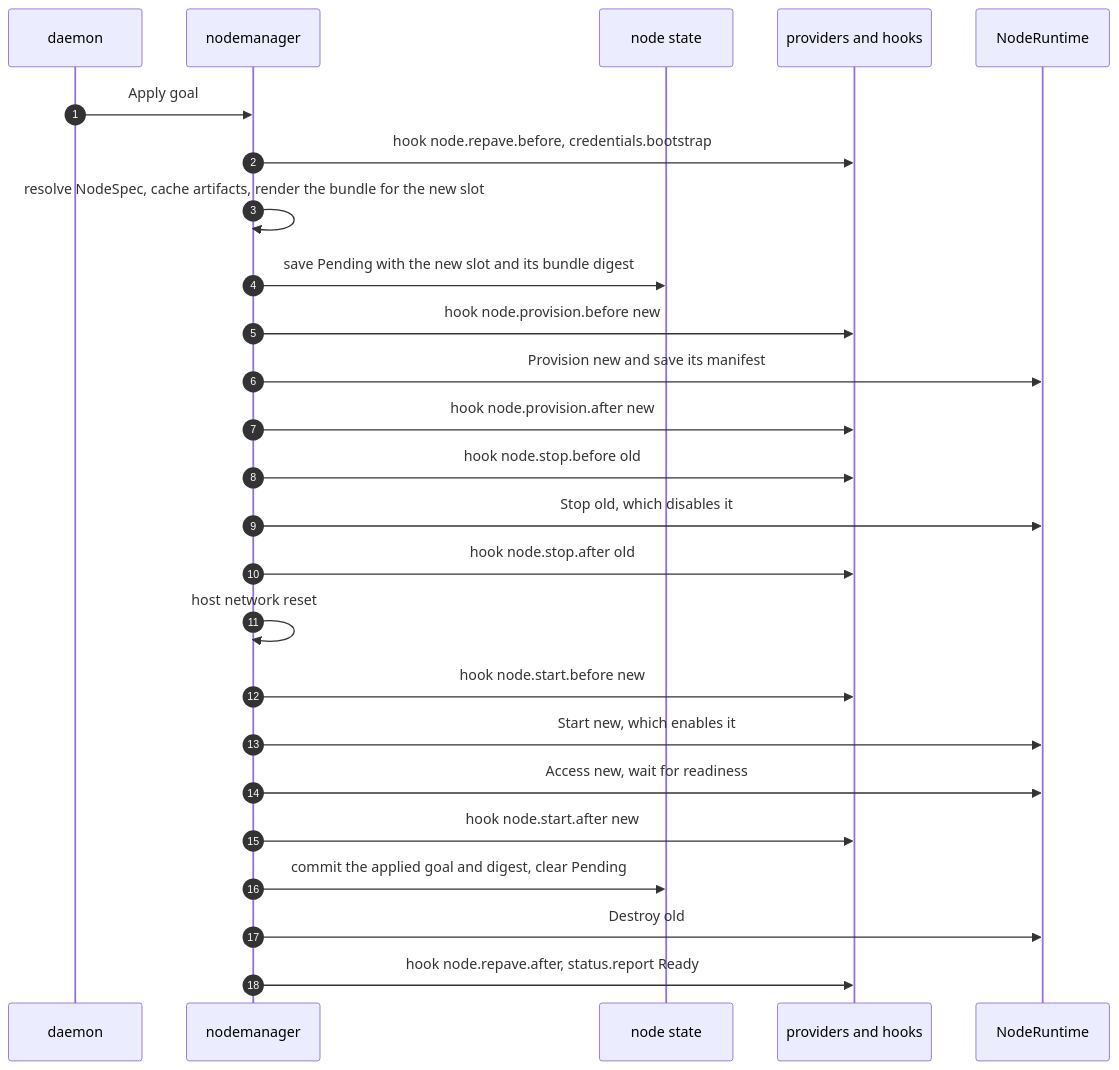
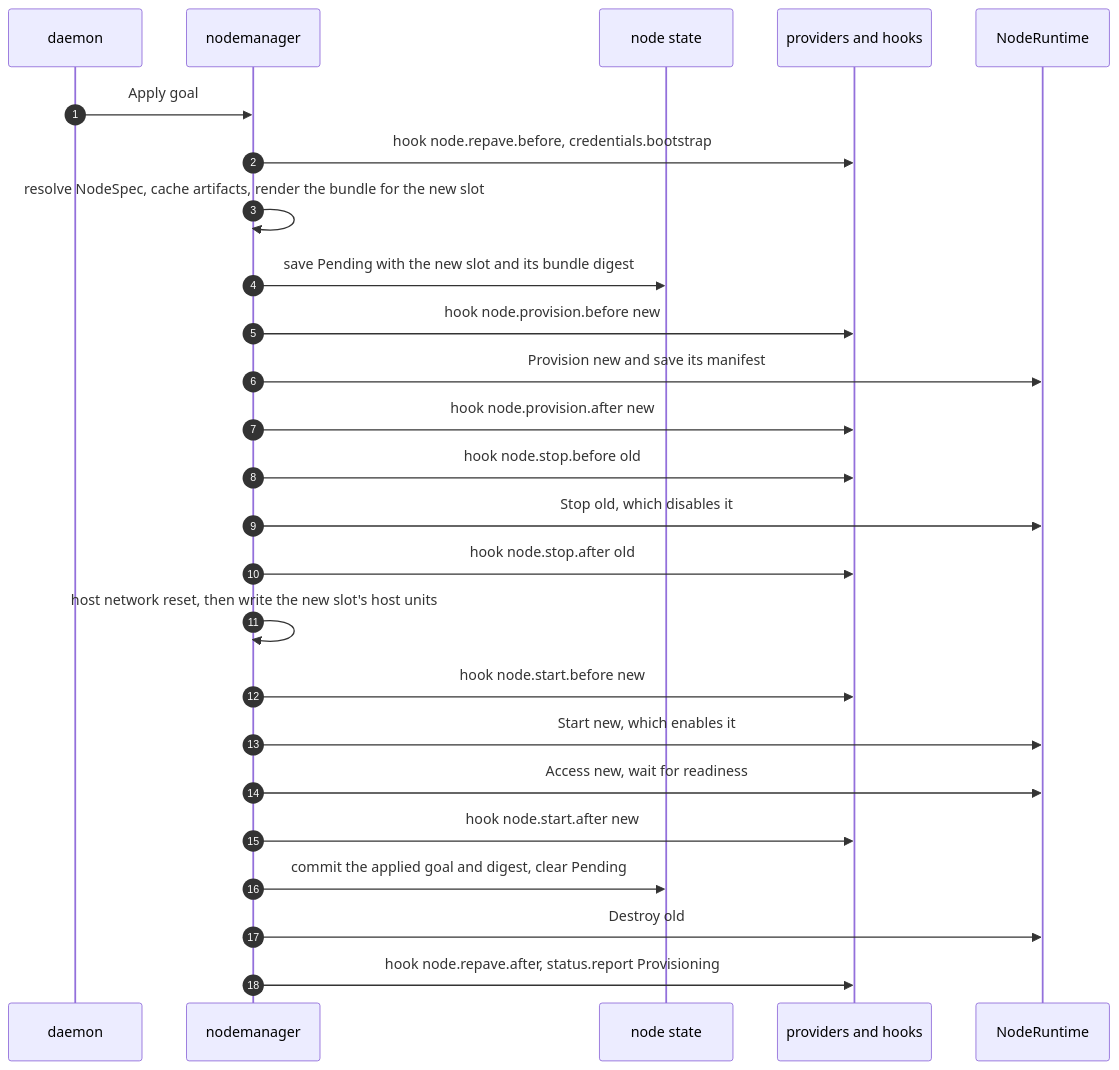
One commit to Azure/unbounded changed the sixth of 9 diagrams in designs/agent-v2.md. Above: the diagram before and after it, drawn with Mermaid. The commit also changed other lines of this file and 1 other file, not shown here.

````diff
--- a/designs/agent-v2.md
+++ b/designs/agent-v2.md
@@ -1367,27 +1416,27 @@
 ```mermaid
 sequenceDiagram
   autonumber
   participant D as daemon
   participant NM as nodemanager
   participant St as node state
   participant Px as providers and hooks
   participant RT as NodeRuntime
   D->>NM: Apply goal
   NM->>Px: hook node.repave.before, credentials.bootstrap
   NM->>NM: resolve NodeSpec, cache artifacts, render the bundle for the new slot
   NM->>St: save Pending with the new slot and its bundle digest
   NM->>Px: hook node.provision.before new
   NM->>RT: Provision new and save its manifest
   NM->>Px: hook node.provision.after new
   NM->>Px: hook node.stop.before old
   NM->>RT: Stop old, which disables it
   NM->>Px: hook node.stop.after old
-  NM->>NM: host network reset
+  NM->>NM: host network reset, then write the new slot's host units
   NM->>Px: hook node.start.before new
   NM->>RT: Start new, which enables it
   NM->>RT: Access new, wait for readiness
   NM->>Px: hook node.start.after new
   NM->>St: commit the applied goal and digest, clear Pending
   NM->>RT: Destroy old
-  NM->>Px: hook node.repave.after, status.report Ready
+  NM->>Px: hook node.repave.after, status.report Provisioning
 ```
````
